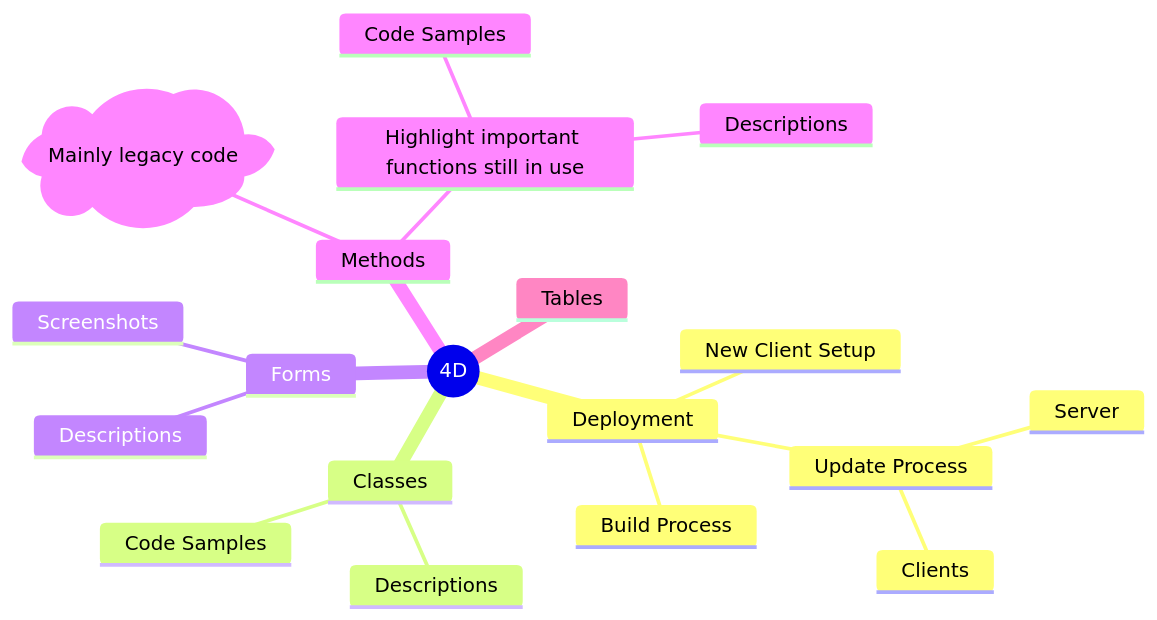
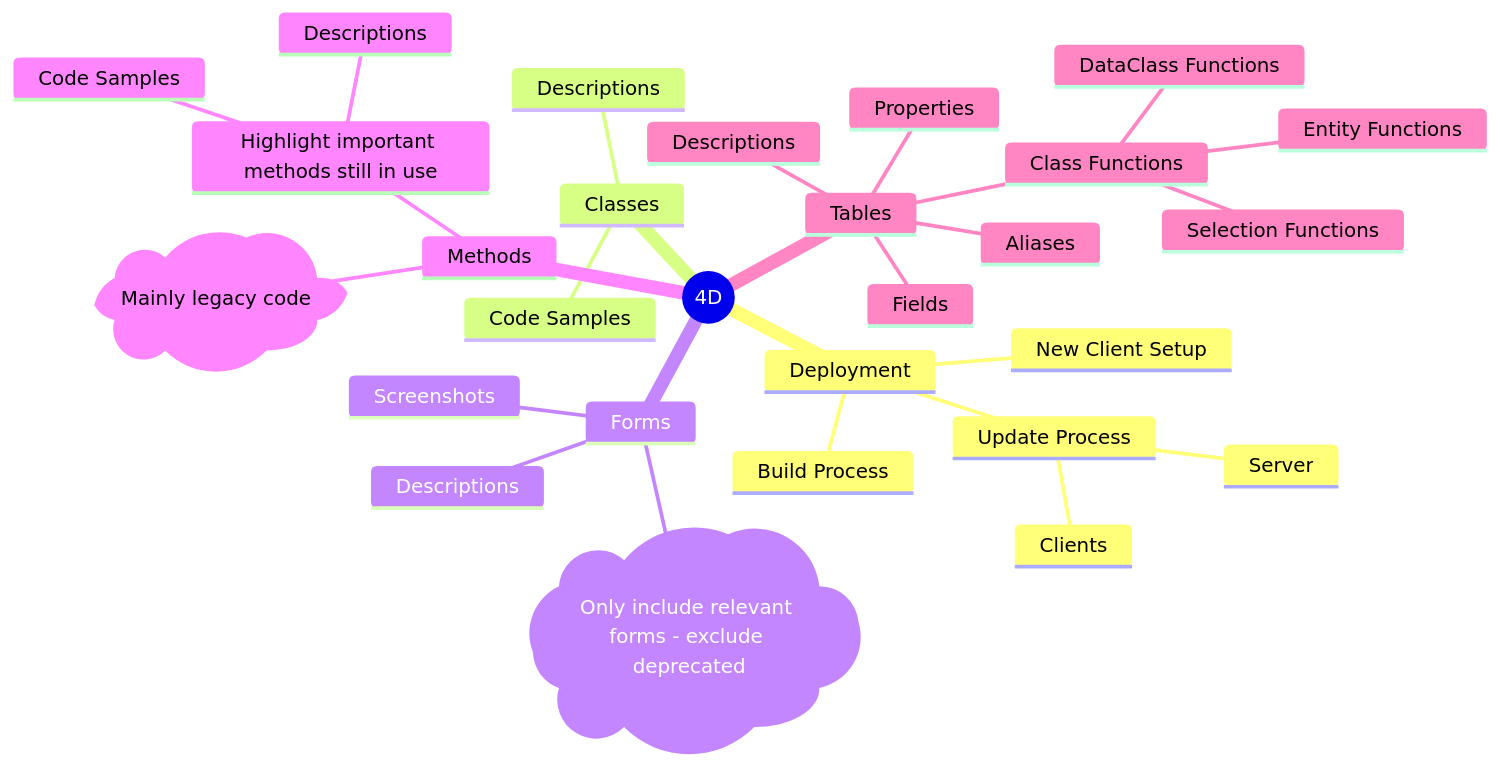
The diagram in index.md (synthotec/synthotec.github.io), drawn with Mermaid before and after one commit.

Commit message:
Updated 4D mindmap

````diff
--- a/index.md
+++ b/index.md
@@ -9,22 +9,31 @@
 ```mermaid
 mindmap
     root((4D))
         Deployment
             Build Process
             New Client Setup
             Update Process
                 Clients
                 Server
         Classes
             Code Samples
             Descriptions
         Forms
+            )Only include relevant forms - exclude deprecated(
             Descriptions
             Screenshots
         Methods
             )Mainly legacy code(
-            Highlight important functions still in use
+            Highlight important methods still in use
                 Code Samples
                 Descriptions
-        Tables            
+        Tables
+            Descriptions
+            Fields
+            Aliases
+            Properties
+            Class Functions
+                DataClass Functions
+                Entity Functions
+                Selection Functions
 ```
````
